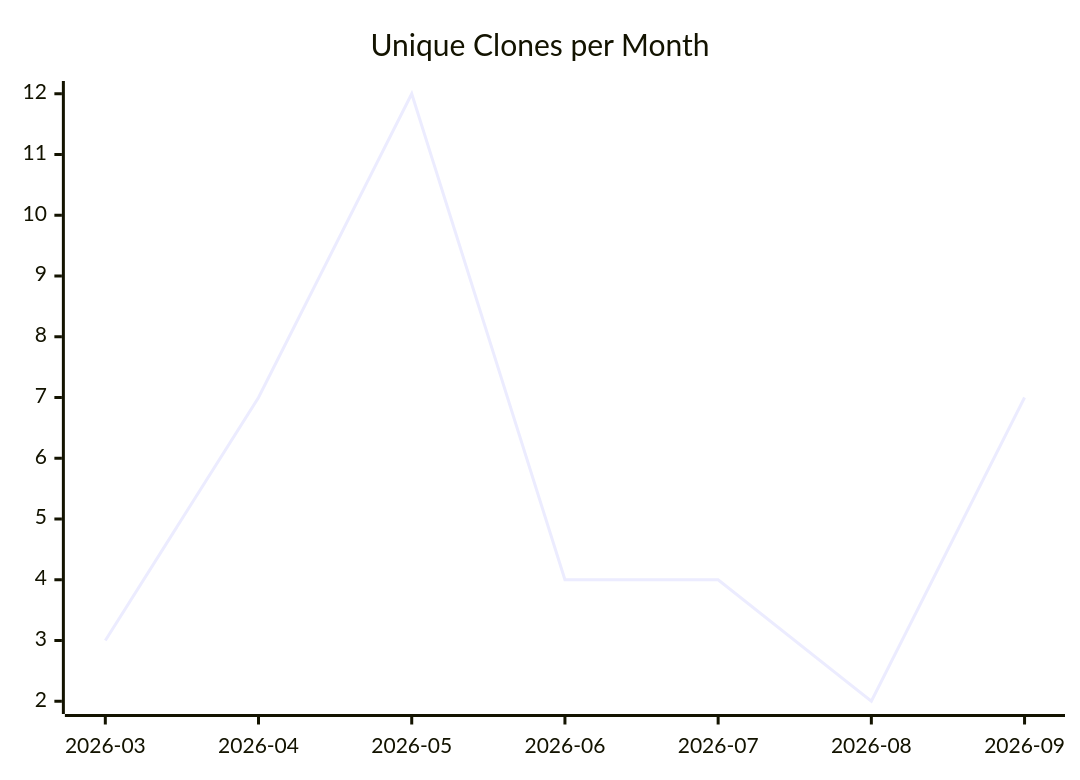
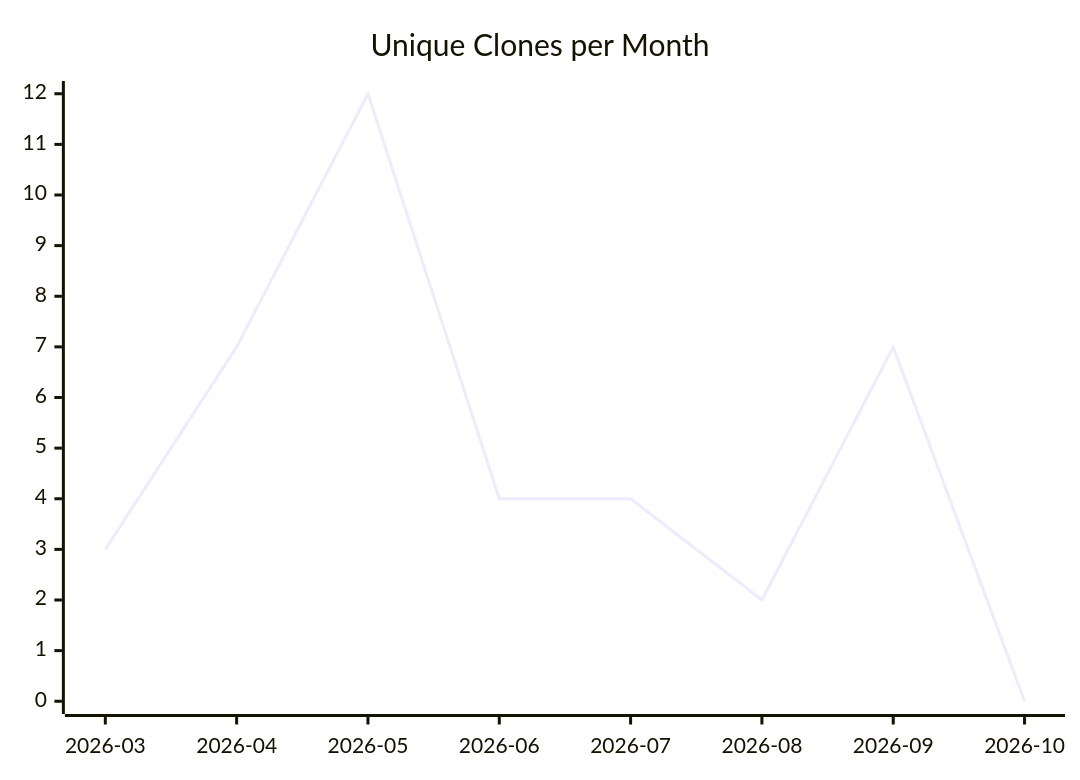
The third of 3 diagrams in karlmdavis/perfect-note/README.md (justdavis-family/github-analytics-data), drawn with Mermaid before and after one commit. The commit also changed other lines of this file and 202 other files, not shown here.

````diff
--- a/karlmdavis/perfect-note/README.md
+++ b/karlmdavis/perfect-note/README.md
@@ -19,6 +19,6 @@
 ```mermaid
 xychart-beta
   title "Unique Clones per Month"
-  x-axis ["2026-03", "2026-04", "2026-05", "2026-06", "2026-07", "2026-08", "2026-09"]
-  line [3, 7, 12, 4, 4, 2, 7]
+  x-axis ["2026-03", "2026-04", "2026-05", "2026-06", "2026-07", "2026-08", "2026-09", "2026-10"]
+  line [3, 7, 12, 4, 4, 2, 7, 0]
 ```
````
